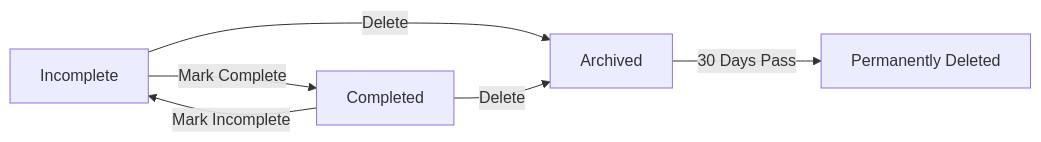
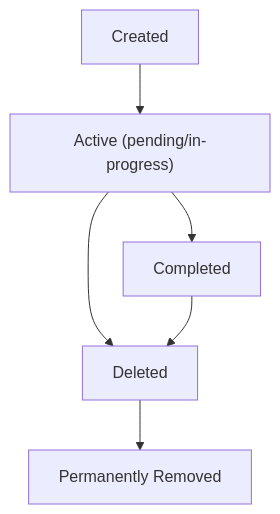
Before and after one commit to wrtnlabs/autobe-examples: the second of 2 diagrams in deepseek/deepseek-v3.1-terminus-exacto/todo/docs/analysis/05-business-rules.md, drawn with Mermaid. The commit also changed other lines of this file and 22498 other files, not shown here.

````diff
--- a/deepseek/deepseek-v3.1-terminus-exacto/todo/docs/analysis/05-business-rules.md
+++ b/deepseek/deepseek-v3.1-terminus-exacto/todo/docs/analysis/05-business-rules.md
@@ -61,8 +193,8 @@
 ```mermaid
-graph LR
-  A["Incomplete"] -->|"Mark Complete"| B["Completed"]
-  B -->|"Mark Incomplete"| A
-  A -->|"Delete"| C["Archived"]
-  B -->|"Delete"| C
-  C -->|"30 Days Pass"| D["Permanently Deleted"]
+graph TD
+  A["Created"] --> B["Active (pending/in-progress)"]
+  B --> C["Completed"]
+  B --> D["Deleted"]
+  C --> D
+  D --> E["Permanently Removed"]
 ```
````
